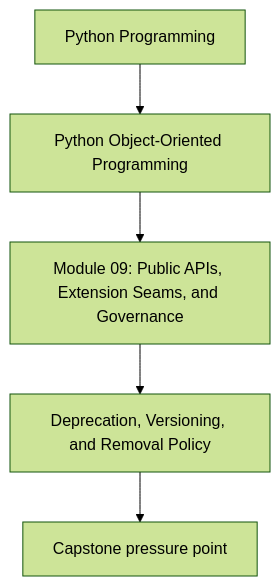
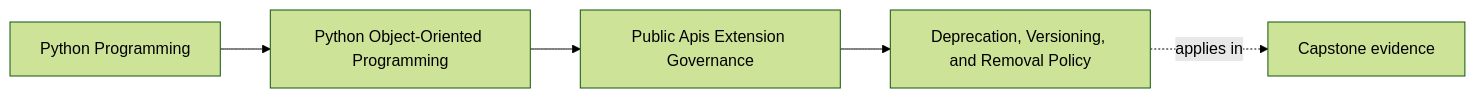
The first of 2 diagrams in programs/python-programming/python-object-oriented-programming/course-book/module-09-public-apis-extension-governance/deprecation-versioning-and-removal-policy.md (bijux/bijux-masterclass), drawn with Mermaid (forest theme) before and after one commit. The commit also changed other lines of this file and 103 other files, not shown here.

Commit message:
docs(python-object-oriented-programming): map sustainment and capstone surfaces

````diff
--- a/programs/python-programming/python-object-oriented-programming/course-book/module-09-public-apis-extension-governance/deprecation-versioning-and-removal-policy.md
+++ b/programs/python-programming/python-object-oriented-programming/course-book/module-09-public-apis-extension-governance/deprecation-versioning-and-removal-policy.md
@@ -7,7 +7,11 @@
 ```mermaid
-flowchart TD
-  family["Python Programming"] --> program["Python Object-Oriented Programming"]
-  program --> module["Module 09: Public APIs, Extension Seams, and Governance"]
-  module --> concept["Deprecation, Versioning, and Removal Policy"]
-  concept --> capstone["Capstone pressure point"]
+graph LR
+  family["Python Programming"]
+  program["Python Object-Oriented Programming"]
+  section["Public Apis Extension Governance"]
+  page["Deprecation, Versioning, and Removal Policy"]
+  capstone["Capstone evidence"]
+
+  family --> program --> section --> page
+  page -.applies in.-> capstone
 ```
````
